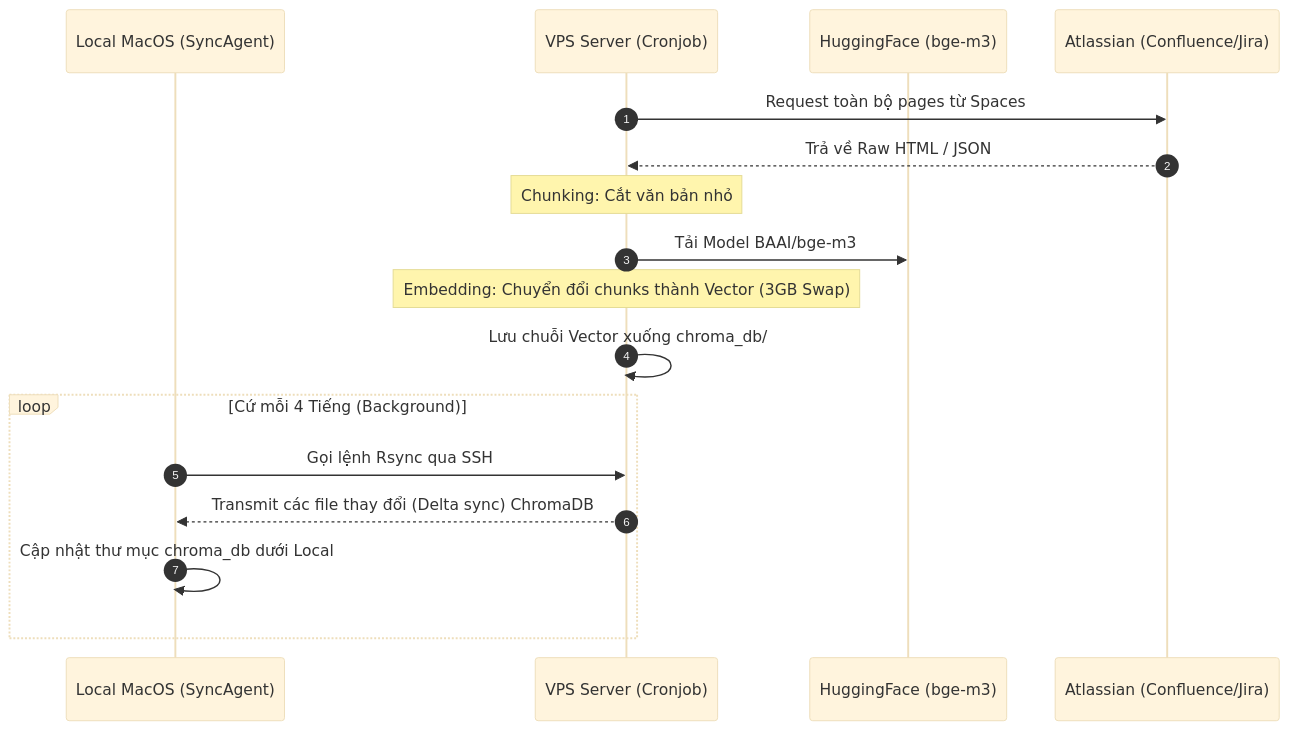
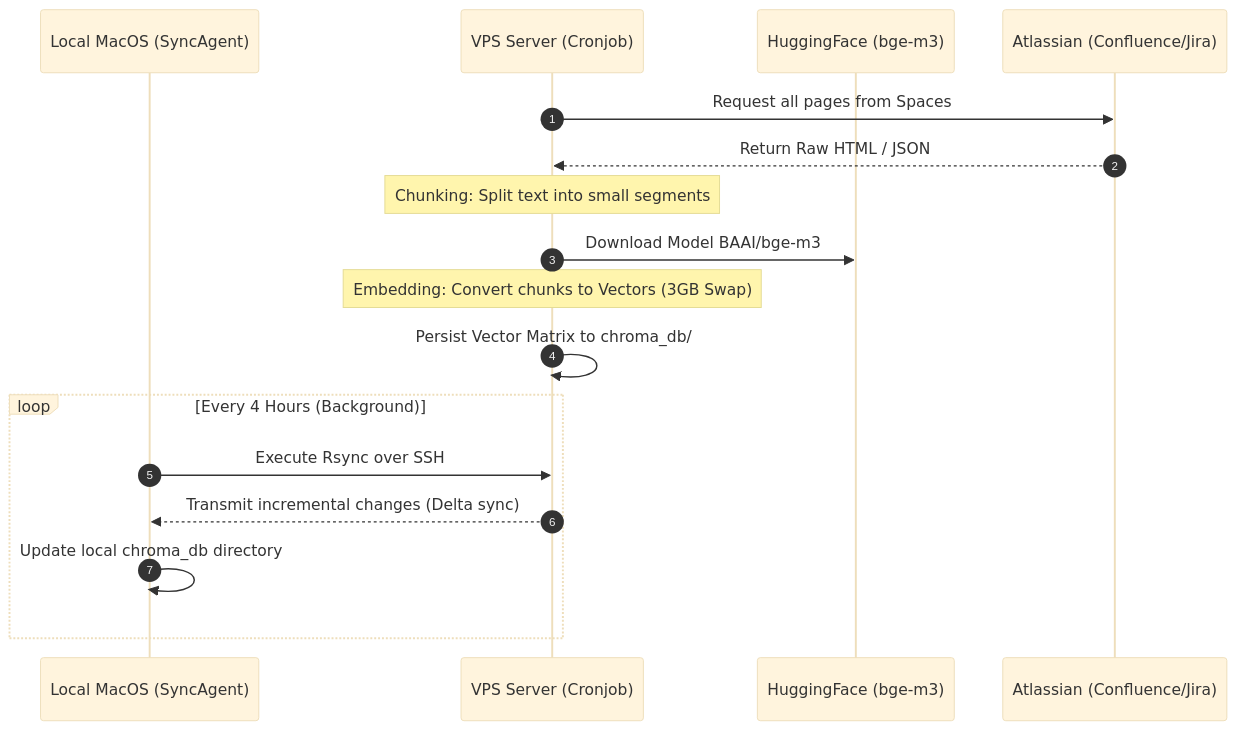
The third of 4 diagrams in README.md (cachep-xidau/MCP-server), drawn with Mermaid (base theme) before and after one commit. The commit also changed other lines of this file, not shown here.

Commit message:
docs: fix Mermaid render errors and translate sequence flow to standard English

````diff
--- a/README.md
+++ b/README.md
@@ -66,21 +66,21 @@
 ```mermaid
 sequenceDiagram
     autonumber
     participant Mac as Local MacOS (SyncAgent)
     participant VPS as VPS Server (Cronjob)
     participant Model as HuggingFace (bge-m3)
     participant Atlas as Atlassian (Confluence/Jira)
     
-    VPS->>Atlas: Request toàn bộ pages từ Spaces
-    Atlas-->>VPS: Trả về Raw HTML / JSON
-    Note over VPS: Chunking: Cắt văn bản nhỏ
-    VPS->>Model: Tải Model BAAI/bge-m3
-    Note over VPS: Embedding: Chuyển đổi chunks thành Vector (3GB Swap)
-    VPS->>VPS: Lưu chuỗi Vector xuống chroma_db/
+    VPS->>Atlas: Request all pages from Spaces
+    Atlas-->>VPS: Return Raw HTML / JSON
+    Note over VPS: Chunking: Split text into small segments
+    VPS->>Model: Download Model BAAI/bge-m3
+    Note over VPS: Embedding: Convert chunks to Vectors (3GB Swap)
+    VPS->>VPS: Persist Vector Matrix to chroma_db/
     
-    loop Cứ mỗi 4 Tiếng (Background)
-        Mac->>VPS: Gọi lệnh Rsync qua SSH
-        VPS-->>Mac: Transmit các file thay đổi (Delta sync) ChromaDB
-        Mac->>Mac: Cập nhật thư mục chroma_db dưới Local
+    loop Every 4 Hours (Background)
+        Mac->>VPS: Execute Rsync over SSH
+        VPS-->>Mac: Transmit incremental changes (Delta sync)
+        Mac->>Mac: Update local chroma_db directory
     end
 ```
````
